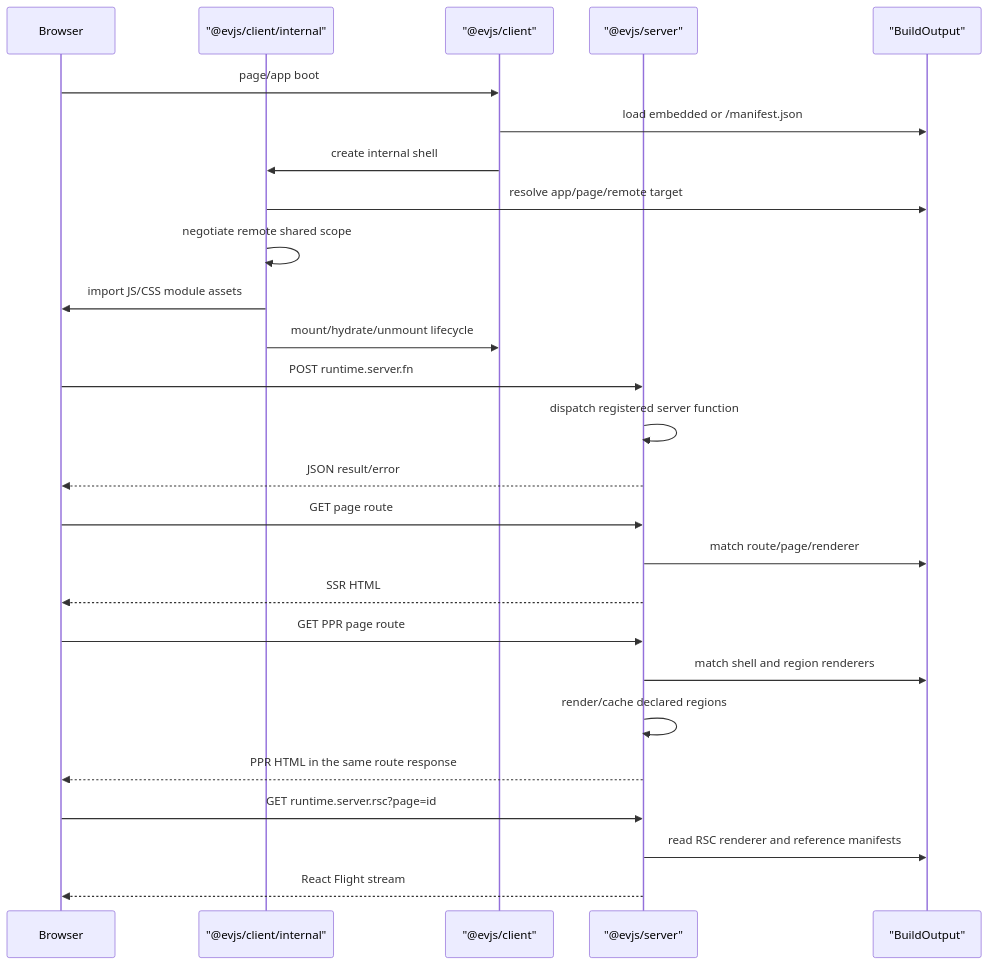
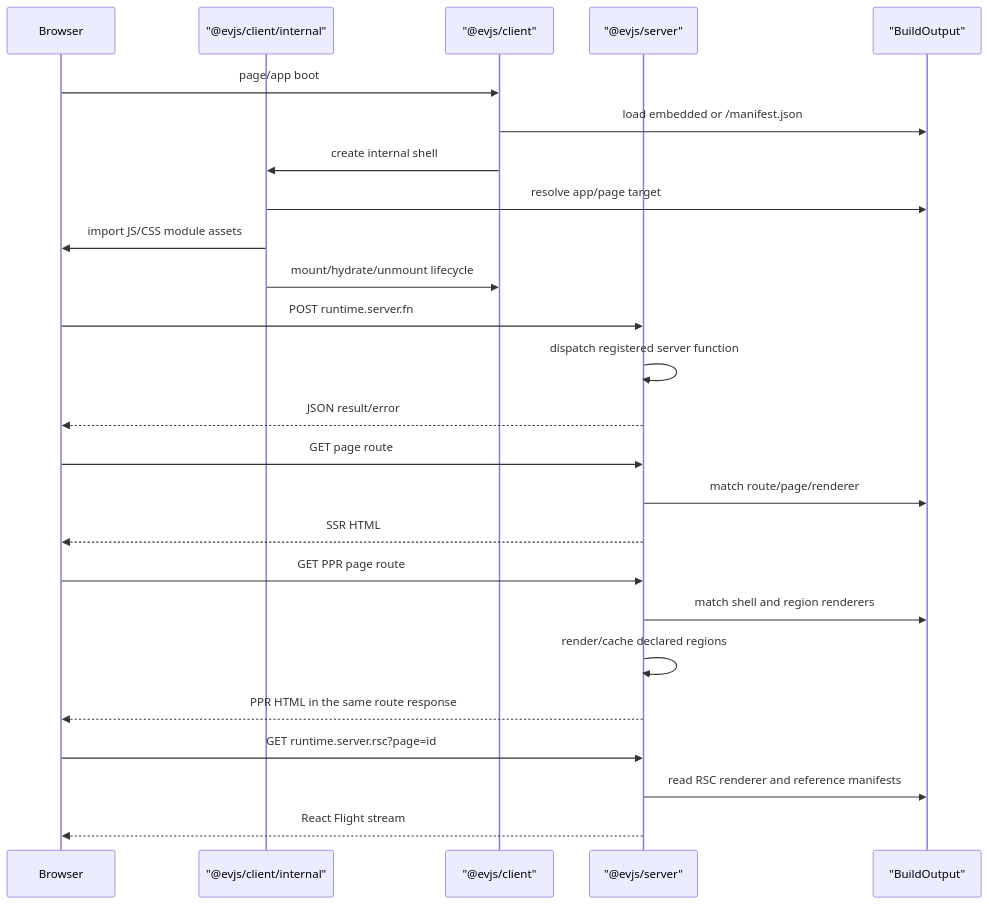
One commit to afx-team/evjs changed the second of 3 diagrams in docs/docs/architecture.md. Above: the diagram before and after it, drawn with Mermaid. The commit also changed other lines of this file and 130 other files, not shown here.

````diff
--- a/docs/docs/architecture.md
+++ b/docs/docs/architecture.md
@@ -153,33 +153,32 @@
 ```mermaid
 sequenceDiagram
   participant Browser
   participant Shell as "@evjs/client/internal"
   participant Runtime as "@evjs/client"
   participant Server as "@evjs/server"
   participant Manifest as "BuildOutput"
 
   Browser->>Runtime: page/app boot
   Runtime->>Manifest: load embedded or /manifest.json
   Runtime->>Shell: create internal shell
-  Shell->>Manifest: resolve app/page/remote target
-  Shell->>Shell: negotiate remote shared scope
+  Shell->>Manifest: resolve app/page target
   Shell->>Browser: import JS/CSS module assets
   Shell->>Runtime: mount/hydrate/unmount lifecycle
 
   Browser->>Server: POST runtime.server.fn
   Server->>Server: dispatch registered server function
   Server-->>Browser: JSON result/error
 
   Browser->>Server: GET page route
   Server->>Manifest: match route/page/renderer
   Server-->>Browser: SSR HTML
 
   Browser->>Server: GET PPR page route
   Server->>Manifest: match shell and region renderers
   Server->>Server: render/cache declared regions
   Server-->>Browser: PPR HTML in the same route response
 
   Browser->>Server: GET runtime.server.rsc?page=id
   Server->>Manifest: read RSC renderer and reference manifests
   Server-->>Browser: React Flight stream
 ```
````
